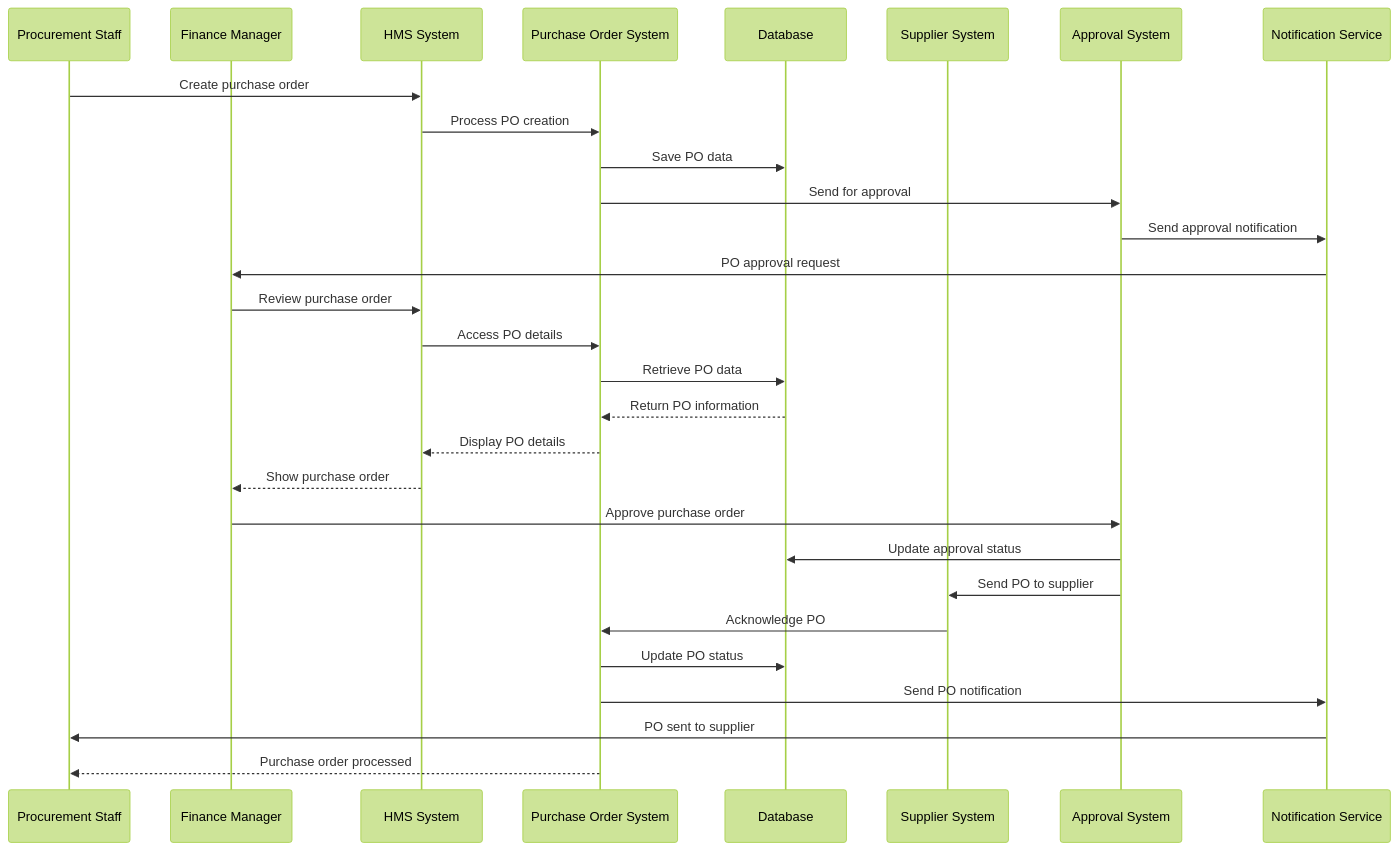
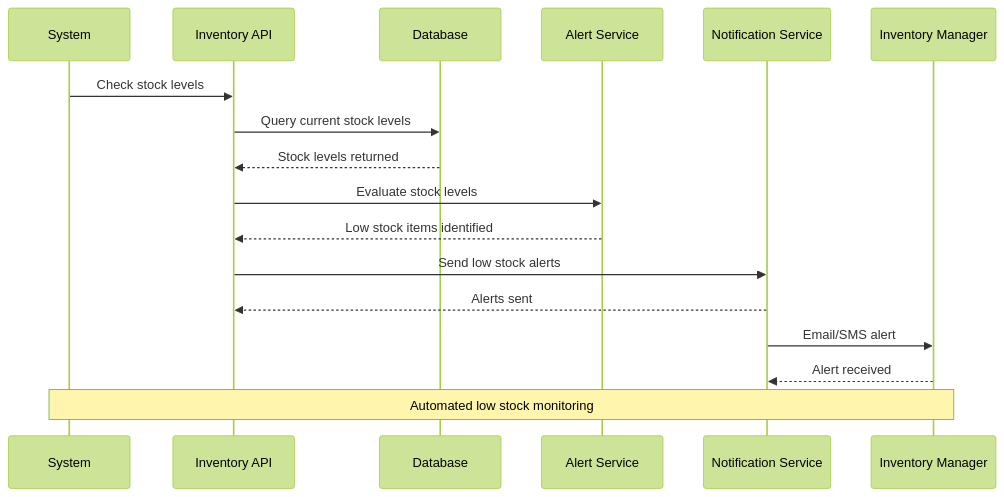
One commit to harcop/limises changed the fourth of 10 diagrams in sequence-diagrams/inventory-management-sequence.md. Above: the diagram before and after it, drawn with Mermaid (forest theme). The commit also changed other lines of this file and 6 other files, not shown here.

````diff
--- a/sequence-diagrams/inventory-management-sequence.md
+++ b/sequence-diagrams/inventory-management-sequence.md
@@ -148,32 +109,24 @@
 ```mermaid
 sequenceDiagram
-    participant STAFF as Procurement Staff
-    participant MANAGER as Finance Manager
-    participant HMS as HMS System
-    participant PO as Purchase Order System
+    participant System as System
+    participant API as Inventory API
     participant DB as Database
-    participant SUPPLIER as Supplier System
-    participant APPROVAL as Approval System
-    participant NOT as Notification Service
+    participant Alert as Alert Service
+    participant Notification as Notification Service
+    participant Staff as Inventory Manager
 
-    STAFF->>HMS: Create purchase order
-    HMS->>PO: Process PO creation
-    PO->>DB: Save PO data
-    PO->>APPROVAL: Send for approval
-    APPROVAL->>NOT: Send approval notification
-    NOT->>MANAGER: PO approval request
-    MANAGER->>HMS: Review purchase order
-    HMS->>PO: Access PO details
-    PO->>DB: Retrieve PO data
-    DB-->>PO: Return PO information
-    PO-->>HMS: Display PO details
-    HMS-->>MANAGER: Show purchase order
-    MANAGER->>APPROVAL: Approve purchase order
-    APPROVAL->>DB: Update approval status
-    APPROVAL->>SUPPLIER: Send PO to supplier
-    SUPPLIER->>PO: Acknowledge PO
-    PO->>DB: Update PO status
-    PO->>NOT: Send PO notification
-    NOT->>STAFF: PO sent to supplier
-    PO-->>STAFF: Purchase order processed
+    System->>API: Check stock levels
+    API->>DB: Query current stock levels
+    DB-->>API: Stock levels returned
+    
+    API->>Alert: Evaluate stock levels
+    Alert-->>API: Low stock items identified
+    
+    API->>Notification: Send low stock alerts
+    Notification-->>API: Alerts sent
+    
+    Notification->>Staff: Email/SMS alert
+    Staff-->>Notification: Alert received
+    
+    Note over System, Staff: Automated low stock monitoring
 ```
````
